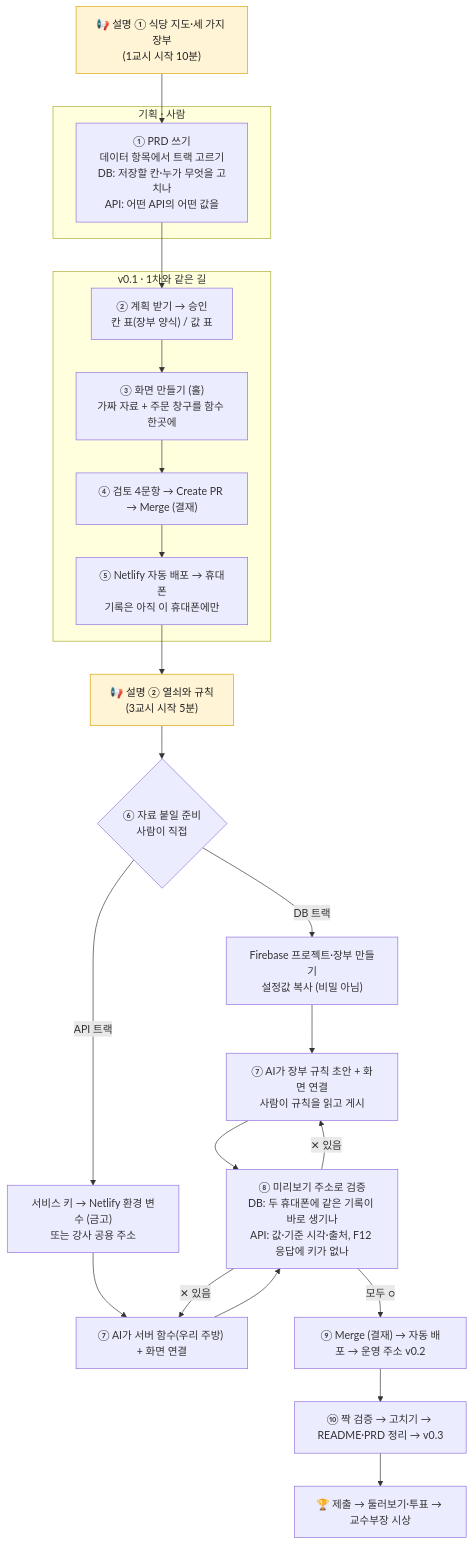
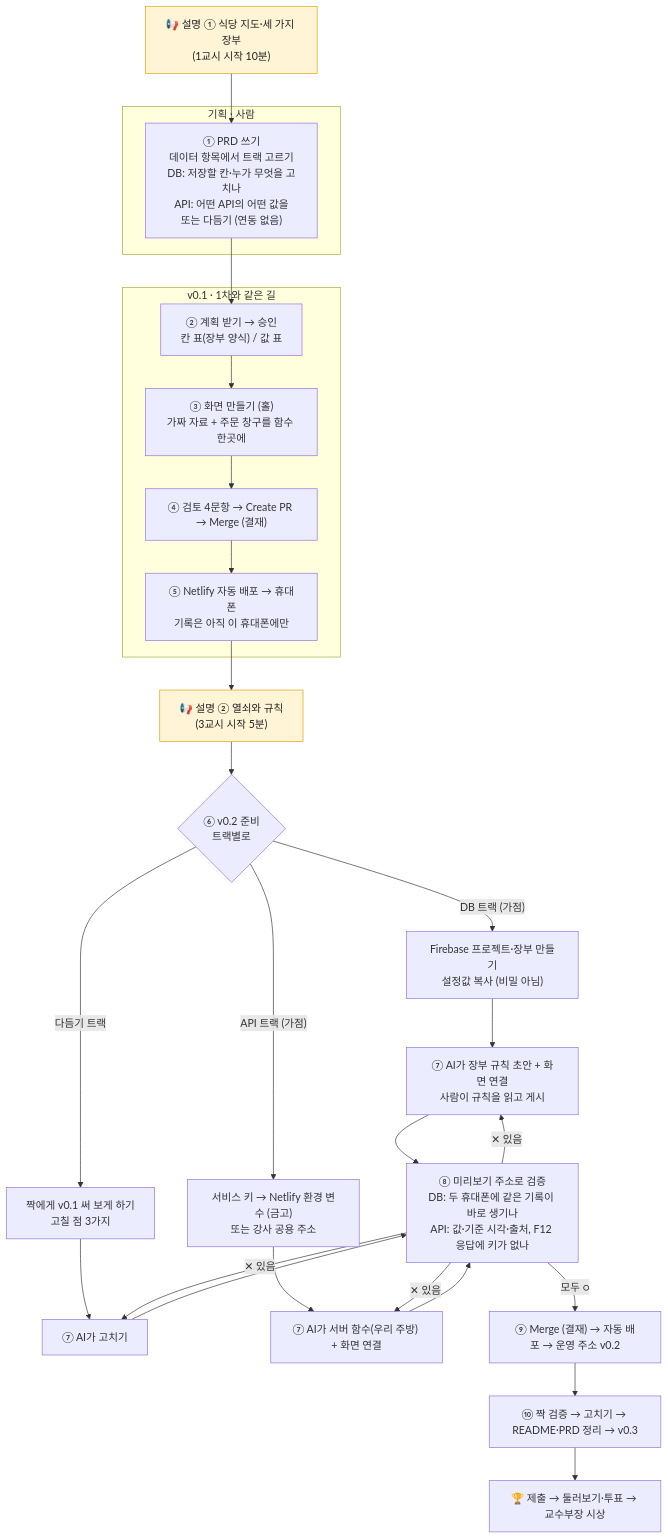
The diagram in instructor/2차-흐름도.md (skydiver846/fire-ai-classroom), drawn with Mermaid before and after one commit. The commit also changed other lines of this file and 4 other files, not shown here.

````diff
--- a/instructor/2차-흐름도.md
+++ b/instructor/2차-흐름도.md
@@ -13,35 +13,39 @@
 ```mermaid
 flowchart TD
     S1["📢 설명 ① 식당 지도·세 가지 장부<br/>(1교시 시작 10분)"]:::talk
 
     subgraph P["기획 · 사람"]
-      A["① PRD 쓰기<br/>데이터 항목에서 트랙 고르기<br/>DB: 저장할 칸·누가 무엇을 고치나<br/>API: 어떤 API의 어떤 값을"]
+      A["① PRD 쓰기<br/>데이터 항목에서 트랙 고르기<br/>DB: 저장할 칸·누가 무엇을 고치나<br/>API: 어떤 API의 어떤 값을<br/>또는 다듬기 (연동 없음)"]
     end
 
     subgraph V1["v0.1 · 1차와 같은 길"]
       B["② 계획 받기 → 승인<br/>칸 표(장부 양식) / 값 표"] --> C["③ 화면 만들기 (홀)<br/>가짜 자료 + 주문 창구를 함수 한곳에"]
       C --> D["④ 검토 4문항 → Create PR → Merge (결재)"]
       D --> E["⑤ Netlify 자동 배포 → 휴대폰<br/>기록은 아직 이 휴대폰에만"]
     end
 
     S1 --> A
     A --> B
     E --> S2["📢 설명 ② 열쇠와 규칙<br/>(3교시 시작 5분)"]:::talk
-    S2 --> F{"⑥ 자료 붙일 준비<br/>사람이 직접"}
+    S2 --> F{"⑥ v0.2 준비<br/>트랙별로"}
 
-    F -->|"DB 트랙"| G1["Firebase 프로젝트·장부 만들기<br/>설정값 복사 (비밀 아님)"]
-    F -->|"API 트랙"| H1["서비스 키 → Netlify 환경 변수 (금고)<br/>또는 강사 공용 주소"]
+    F -->|"DB 트랙 (가점)"| G1["Firebase 프로젝트·장부 만들기<br/>설정값 복사 (비밀 아님)"]
+    F -->|"API 트랙 (가점)"| H1["서비스 키 → Netlify 환경 변수 (금고)<br/>또는 강사 공용 주소"]
+    F -->|"다듬기 트랙"| T1["짝에게 v0.1 써 보게 하기<br/>고칠 점 3가지"]
+    T1 --> T2["⑦ AI가 고치기"]
+    T2 --> I
 
     G1 --> G2["⑦ AI가 장부 규칙 초안 + 화면 연결<br/>사람이 규칙을 읽고 게시"]
     H1 --> H2["⑦ AI가 서버 함수(우리 주방) + 화면 연결"]
 
     G2 --> I["⑧ 미리보기 주소로 검증<br/>DB: 두 휴대폰에 같은 기록이 바로 생기나<br/>API: 값·기준 시각·출처, F12 응답에 키가 없나"]
     H2 --> I
     I -->|"✕ 있음"| G2
     I -->|"✕ 있음"| H2
+    I -->|"✕ 있음"| T2
     I -->|"모두 ○"| J["⑨ Merge (결재) → 자동 배포 → 운영 주소 v0.2"]
     J --> K["⑩ 짝 검증 → 고치기 → README·PRD 정리 → v0.3"]
     K --> L["🏆 제출 → 둘러보기·투표 → 교수부장 시상"]
 
     classDef talk fill:#fff4d6,stroke:#d9a400,color:#222;
 ```
````
